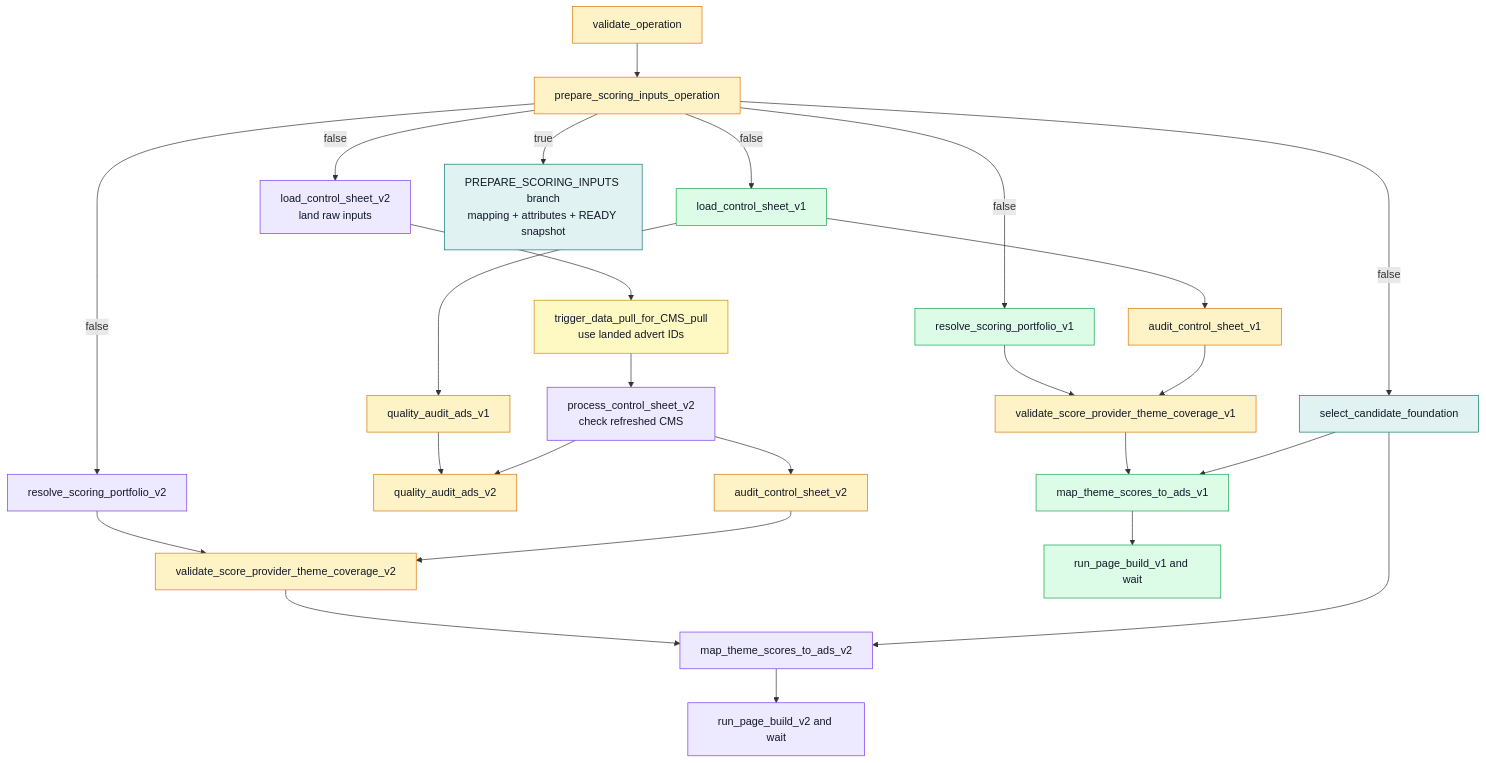
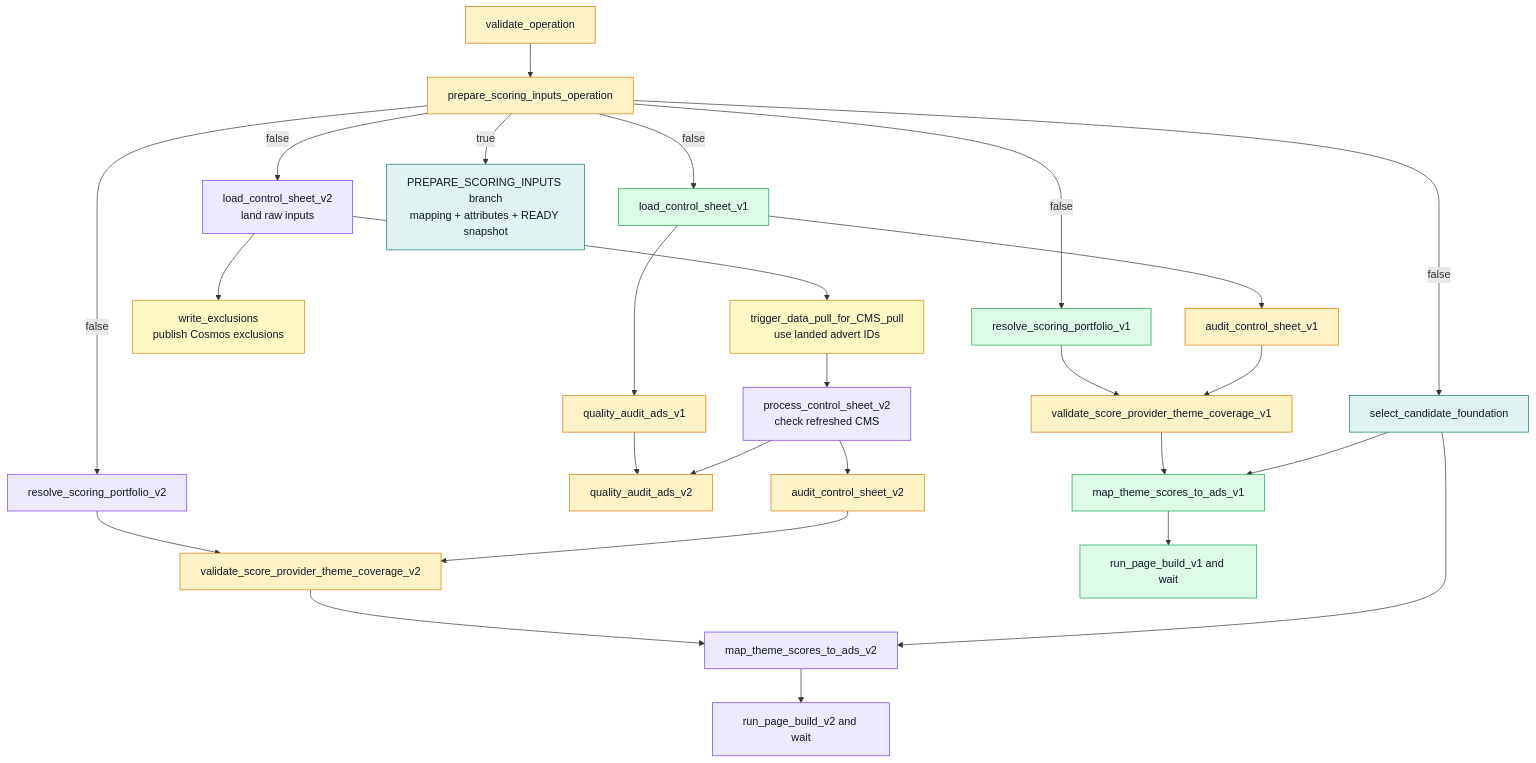
The second of 2 diagrams in docs/architecture/v1_v2_parallel_route.md (swblain-glyndwr/personal_project), drawn with Mermaid before and after one commit. The commit also changed other lines of this file and 23 other files, not shown here.

Commit message:
Document the complete NextAds operational flow

````diff
--- a/docs/architecture/v1_v2_parallel_route.md
+++ b/docs/architecture/v1_v2_parallel_route.md
@@ -93,49 +95,51 @@
 ```mermaid
 flowchart TD
   classDef shared fill:#e0f2f1,stroke:#0f766e,color:#111827
   classDef v1 fill:#dcfce7,stroke:#16a34a,color:#111827
   classDef v2 fill:#ede9fe,stroke:#7c3aed,color:#111827
   classDef guard fill:#fef3c7,stroke:#d97706,color:#111827
   classDef external fill:#fef9c3,stroke:#ca8a04,color:#111827
 
   FOUNDATION["select_candidate_foundation"]:::shared
   LOAD_V1["load_control_sheet_v1"]:::v1
   AUDIT_V1["audit_control_sheet_v1"]:::guard
   QUALITY_AUDIT_ADS_V1["quality_audit_ads_v1"]:::guard
   LOAD_V2["load_control_sheet_v2<br/>land raw inputs"]:::v2
+  WRITE_EXCLUSIONS["write_exclusions<br/>publish Cosmos exclusions"]:::external
   CMS["trigger_data_pull_for_CMS_pull<br/>use landed advert IDs"]:::external
   VALIDATE["validate_operation"]:::guard
   OPERATION["prepare_scoring_inputs_operation"]:::guard
   PREP_INPUTS["PREPARE_SCORING_INPUTS branch<br/>mapping + attributes + READY snapshot"]:::shared
   PROCESS_V2["process_control_sheet_v2<br/>check refreshed CMS"]:::v2
   AUDIT_V2["audit_control_sheet_v2"]:::guard
   QUALITY_AUDIT_ADS_V2["quality_audit_ads_v2"]:::guard
 
   SELECT_V1["resolve_scoring_portfolio_v1"]:::v1
   SELECT_V2["resolve_scoring_portfolio_v2"]:::v2
   COVER_V1["validate_score_provider_theme_coverage_v1"]:::guard
   COVER_V2["validate_score_provider_theme_coverage_v2"]:::guard
   MAP_V1["map_theme_scores_to_ads_v1"]:::v1
   MAP_V2["map_theme_scores_to_ads_v2"]:::v2
   PAGE_V1["run_page_build_v1 and wait"]:::v1
   PAGE_V2["run_page_build_v2 and wait"]:::v2
 
   VALIDATE --> OPERATION
   OPERATION -- true --> PREP_INPUTS
   OPERATION -- false --> LOAD_V1
   OPERATION -- false --> LOAD_V2
   OPERATION -- false --> FOUNDATION
   OPERATION -- false --> SELECT_V1
   OPERATION -- false --> SELECT_V2
   LOAD_V1 --> AUDIT_V1 --> COVER_V1
   LOAD_V1 --> QUALITY_AUDIT_ADS_V1
   SELECT_V1 --> COVER_V1
+  LOAD_V2 --> WRITE_EXCLUSIONS
   LOAD_V2 --> CMS --> PROCESS_V2 --> AUDIT_V2 --> COVER_V2
   PROCESS_V2 --> QUALITY_AUDIT_ADS_V2
   QUALITY_AUDIT_ADS_V1 --> QUALITY_AUDIT_ADS_V2
   SELECT_V2 --> COVER_V2
   FOUNDATION --> MAP_V1
   FOUNDATION --> MAP_V2
   COVER_V1 --> MAP_V1 --> PAGE_V1
   COVER_V2 --> MAP_V2 --> PAGE_V2
 ```
````
